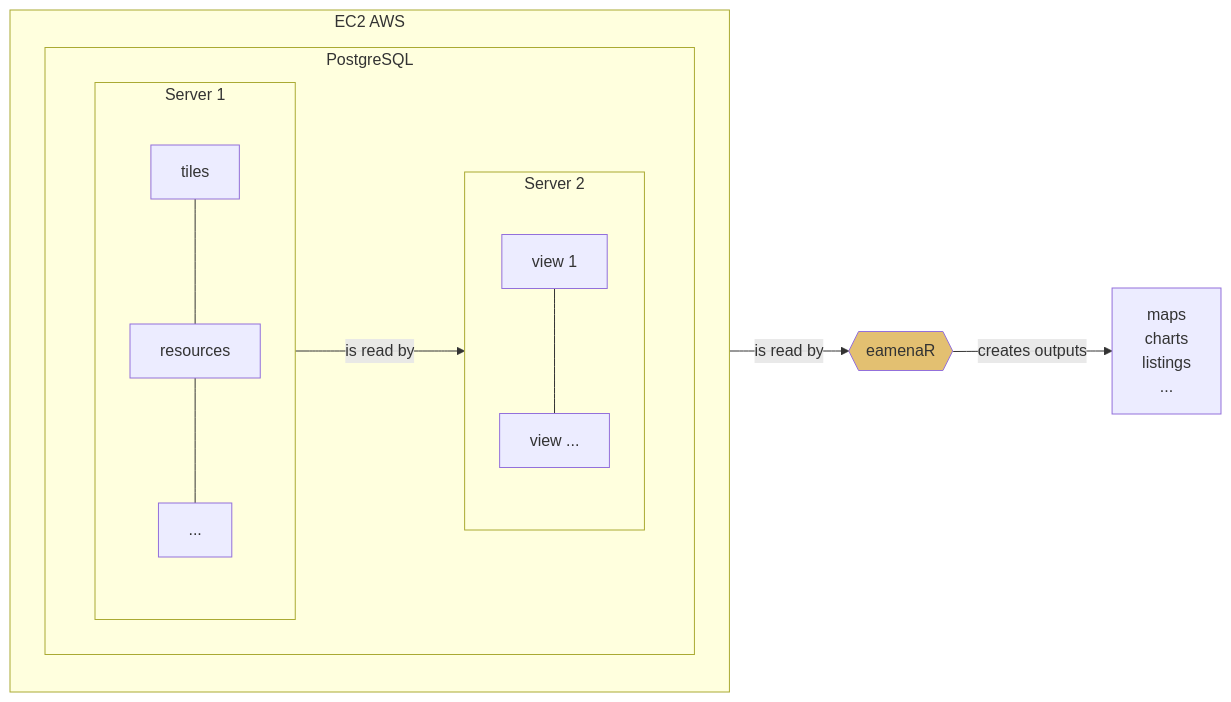
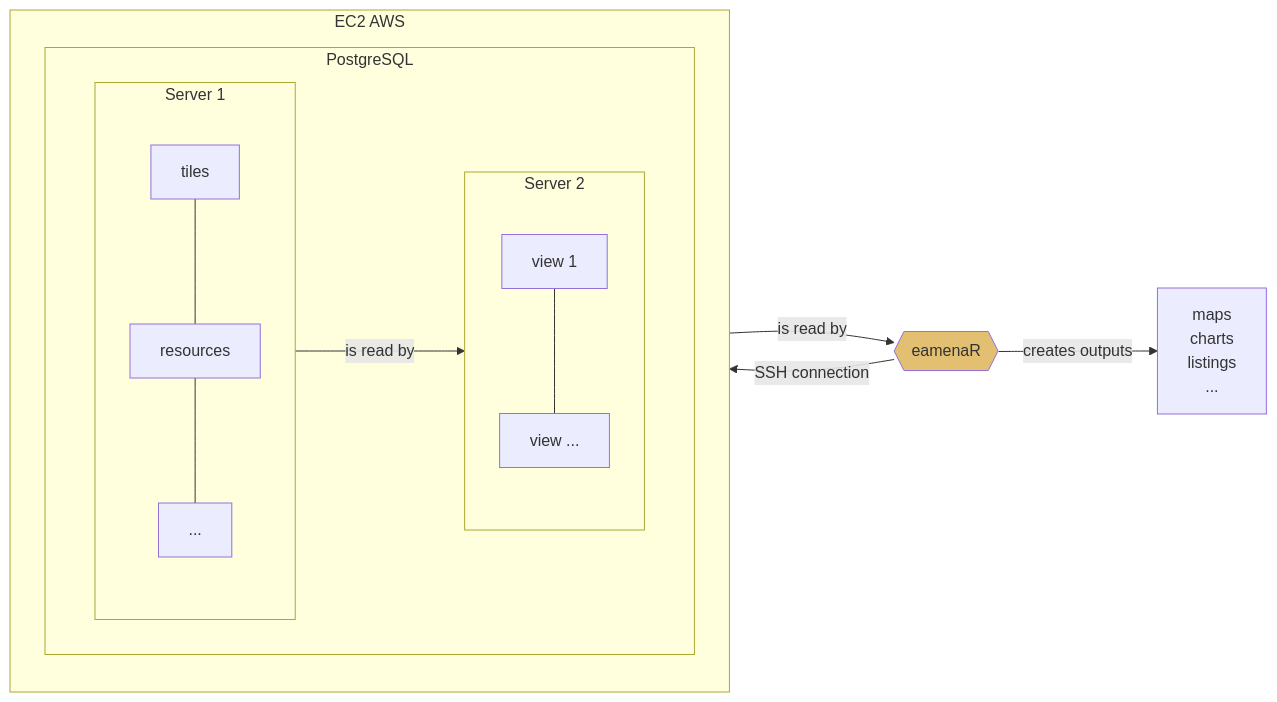
One commit to eamena-project/eamena-arches-dev changed the third of 5 diagrams in dev/README.md. Above: the diagram before and after it, drawn with Mermaid.

Commit message:
views diagram

````diff
--- a/dev/README.md
+++ b/dev/README.md
@@ -40,22 +40,23 @@
 ```mermaid
 flowchart LR
   subgraph EC2 [EC2 AWS]
     direction TB
     subgraph PostgreSQL
         direction LR
         subgraph DB [Server 1]
             direction TB
             A[tiles] --- B[resources]
             B --- Z[...]
         end
         subgraph VIEWS [Server 2]
             direction TB
             C[view 1] --- Y[view ...]
         end
     end
   end
   DB -- is read by --> VIEWS
   VIEWS -- is read by --> D{{eamenaR}}:::eamenaRpkg
+  D -- SSH connection --> VIEWS
   D -- creates outputs --> E[maps<br>charts<br>listings<br>...]
   classDef eamenaRpkg fill:#e3c071
 ```
````
